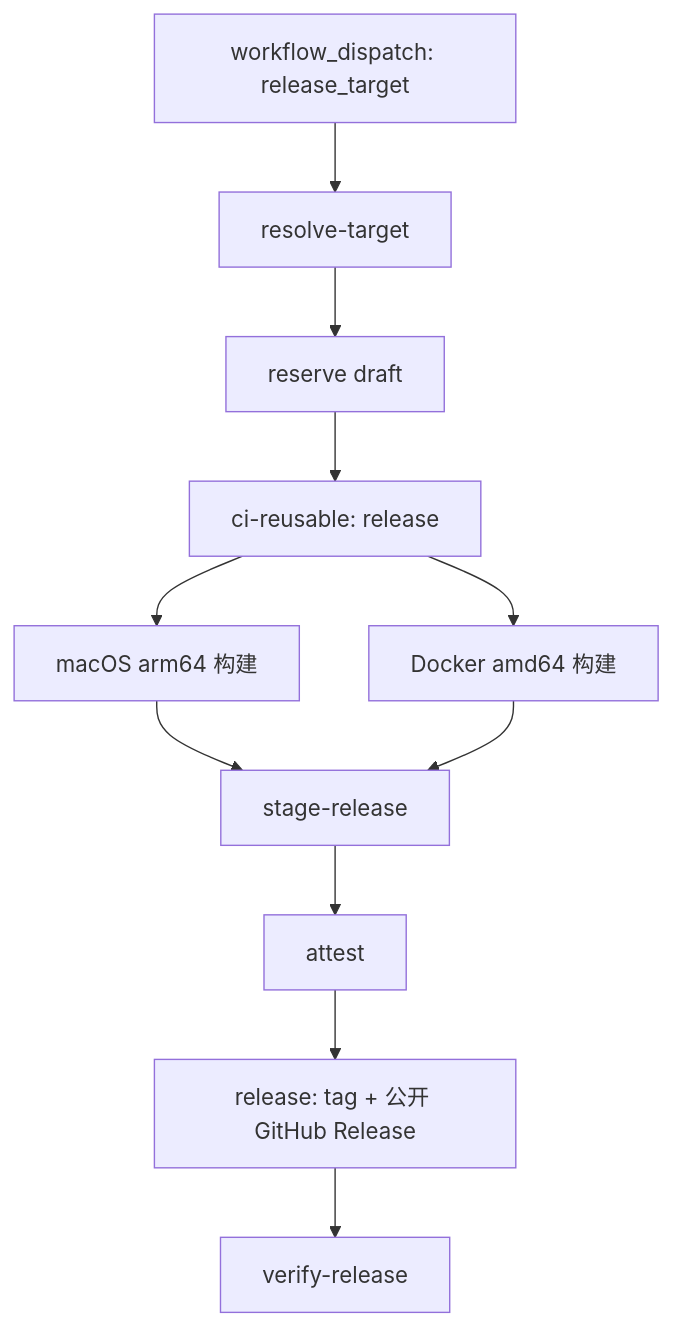
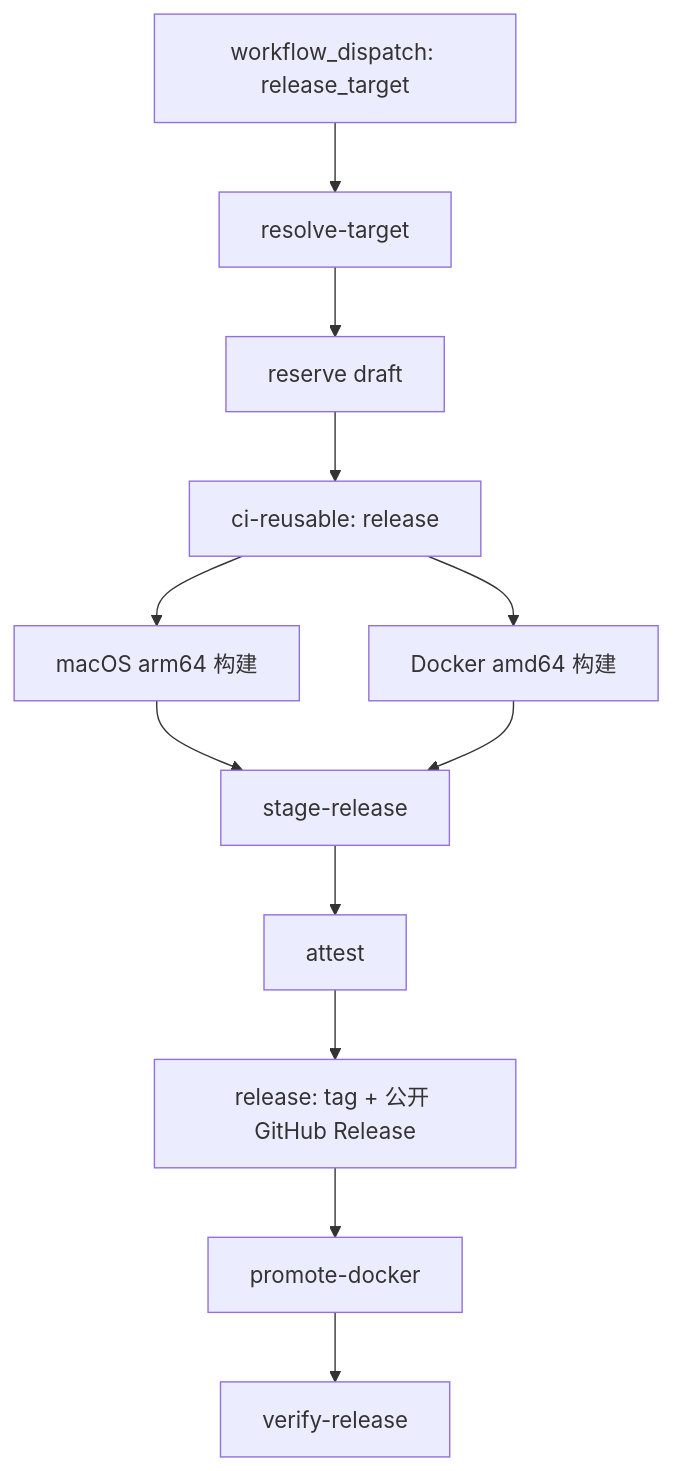
One commit to IvanLi-CN/mien changed the second of 2 diagrams in docs/CI.md. Above: the diagram before and after it, drawn with Mermaid. The commit also changed other lines of this file and 36 other files, not shown here.

````diff
--- a/docs/CI.md
+++ b/docs/CI.md
@@ -63,13 +63,14 @@
 ```mermaid
 flowchart TD
   Dispatch[workflow_dispatch: release_target] --> V[resolve-target]
   V --> R[reserve draft]
   R --> T[ci-reusable: release]
   T --> M[macOS arm64 构建]
   T --> Docker[Docker amd64 构建]
   M --> S[stage-release]
   Docker --> S
   S --> A[attest]
   A --> P[release: tag + 公开 GitHub Release]
-  P --> X[verify-release]
+  P --> PD[promote-docker]
+  PD --> X[verify-release]
 ```
````
